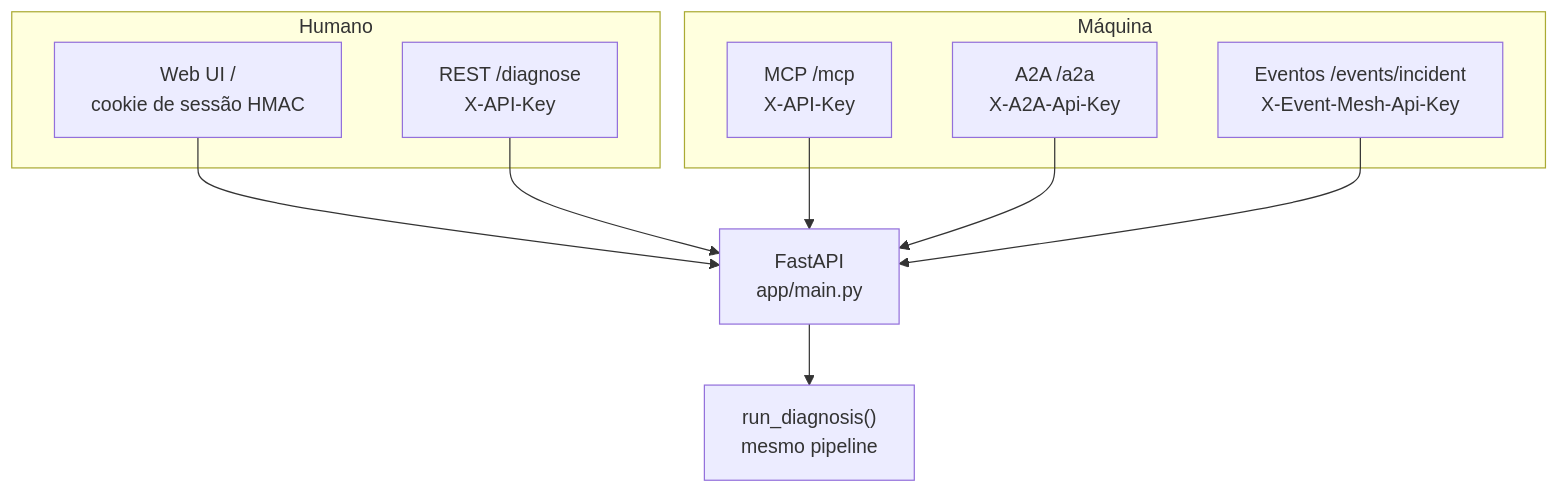
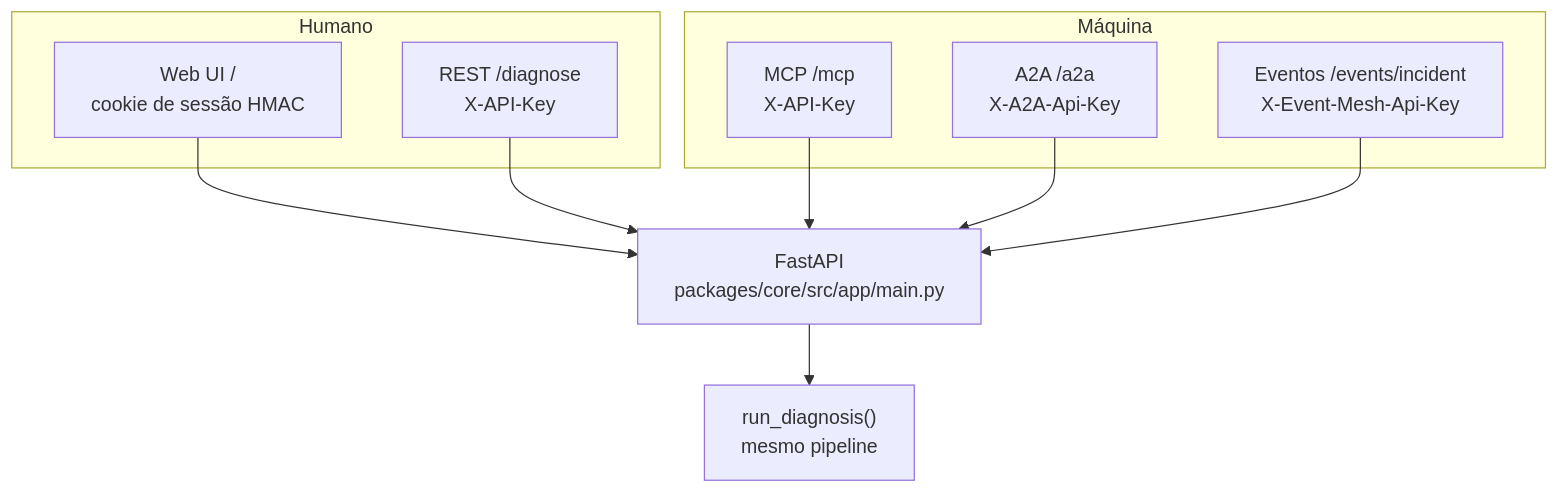
Before and after one commit to marcos-slima/integration-incident-copilot: the fifth of 14 diagrams in docs/MANUAL.md, drawn with Mermaid. The commit also changed other lines of this file and 53 other files, not shown here.

````diff
--- a/docs/MANUAL.md
+++ b/docs/MANUAL.md
@@ -397,18 +397,18 @@
 ```mermaid
 flowchart TB
     subgraph humanos["Humano"]
         UI["Web UI /<br/>cookie de sessão HMAC"]
         CURL["REST /diagnose<br/>X-API-Key"]
     end
     subgraph maquinas["Máquina"]
         MCP["MCP /mcp<br/>X-API-Key"]
         A2A["A2A /a2a<br/>X-A2A-Api-Key"]
         EV["Eventos /events/incident<br/>X-Event-Mesh-Api-Key"]
     end
-    UI --> APP["FastAPI<br/>app/main.py"]
+    UI --> APP["FastAPI<br/>packages/core/src/app/main.py"]
     CURL --> APP
     MCP --> APP
     A2A --> APP
     EV --> APP
     APP --> G["run_diagnosis()<br/>mesmo pipeline"]
 ```
````
